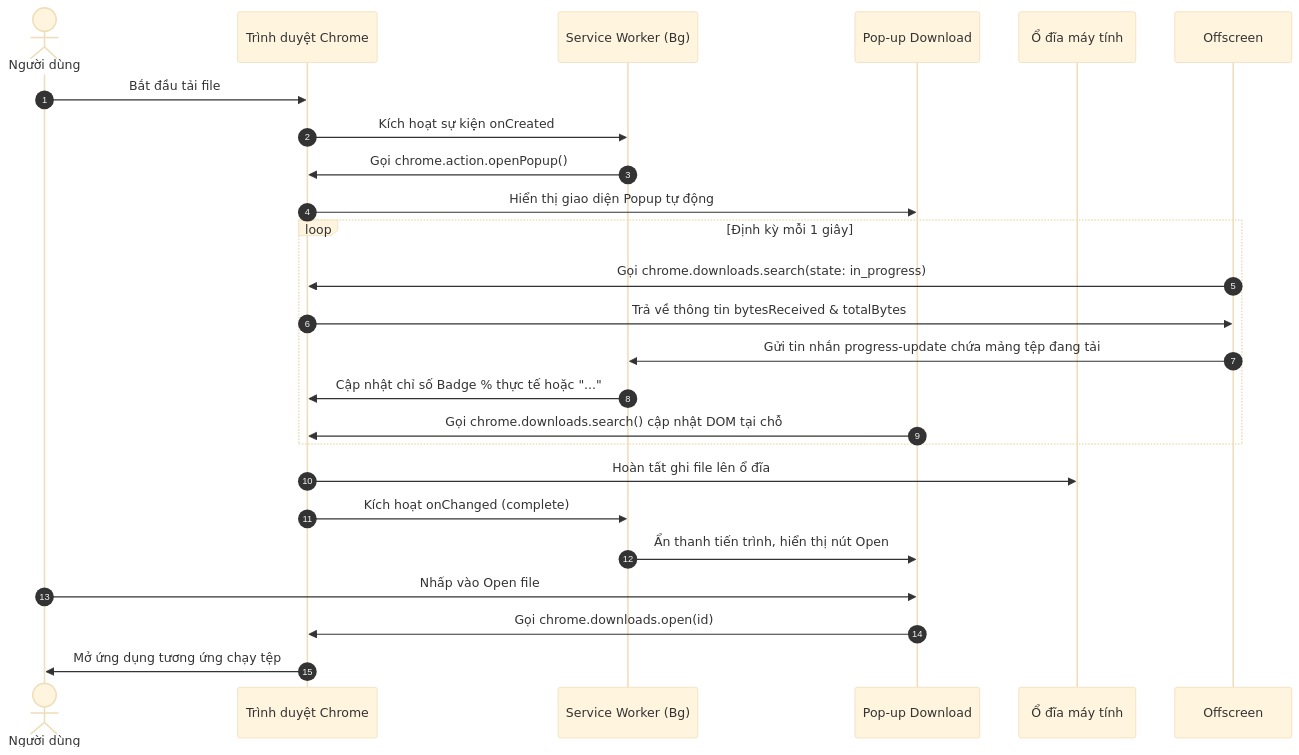
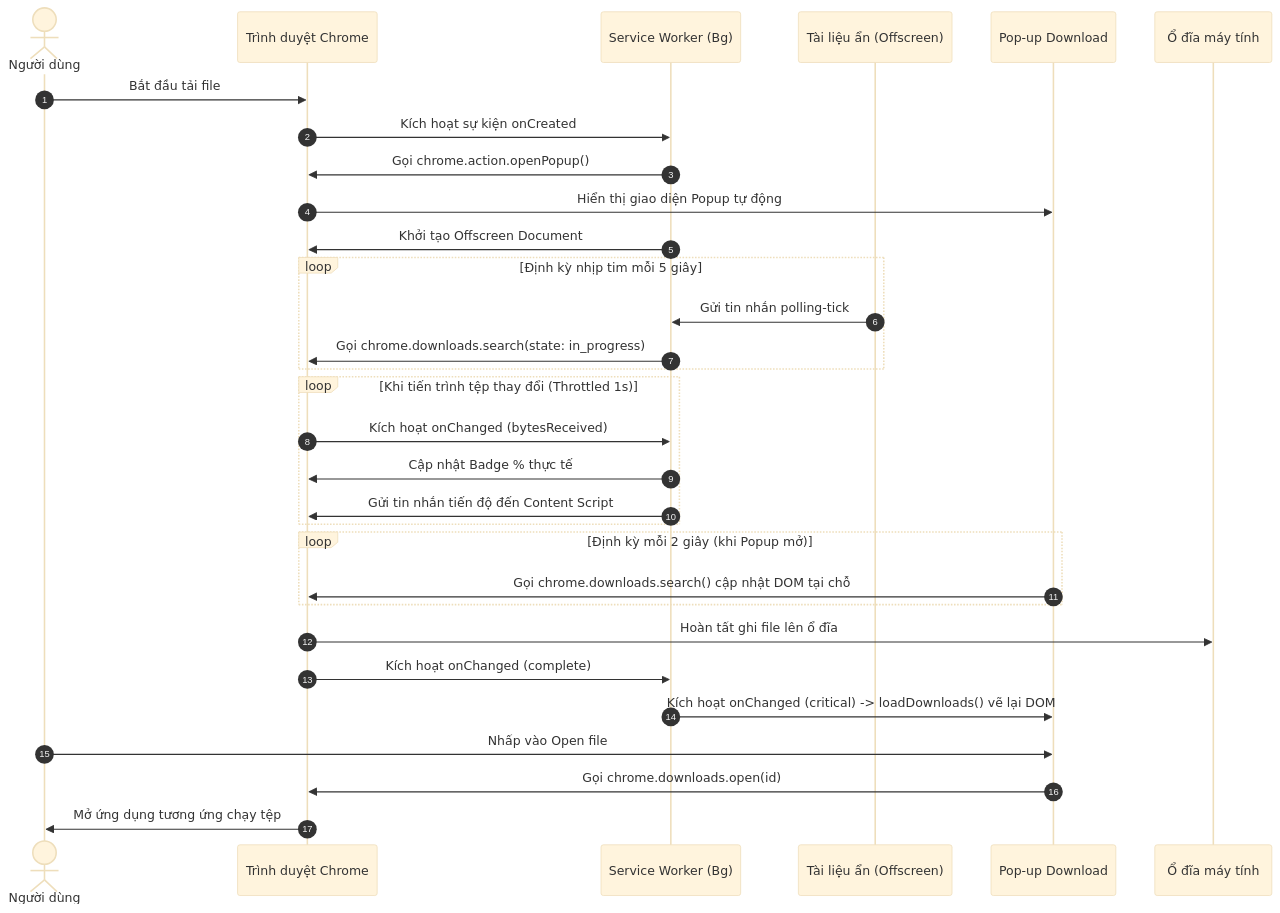
Before and after one commit to CodeingOver/CustomeDownLoad-HistoryExtensionForChrome: the second of 2 diagrams in docs/architecture.md, drawn with Mermaid (base theme). The commit also changed other lines of this file and 6 other files, not shown here.

Commit message:
feat: implement background download management, offscreen progress polling, and synchronized UI badges

````diff
--- a/docs/architecture.md
+++ b/docs/architecture.md
@@ -153,27 +154,34 @@
 ```mermaid
 sequenceDiagram
     autonumber
     actor User as Người dùng
     participant Chrome as Trình duyệt Chrome
     participant SW as Service Worker (Bg)
+    participant Offscreen as Tài liệu ẩn (Offscreen)
     participant Pop as Pop-up Download
     participant Disk as Ổ đĩa máy tính
 
     User->>Chrome: Bắt đầu tải file
     Chrome->>SW: Kích hoạt sự kiện onCreated
     SW->>Chrome: Gọi chrome.action.openPopup()
     Chrome->>Pop: Hiển thị giao diện Popup tự động
-    loop Định kỳ mỗi 1 giây
-        Offscreen->>Chrome: Gọi chrome.downloads.search(state: in_progress)
-        Chrome->>Offscreen: Trả về thông tin bytesReceived & totalBytes
-        Offscreen->>SW: Gửi tin nhắn progress-update chứa mảng tệp đang tải
-        SW->>Chrome: Cập nhật chỉ số Badge % thực tế hoặc "..."
+    SW->>Chrome: Khởi tạo Offscreen Document
+    loop Định kỳ nhịp tim mỗi 5 giây
+        Offscreen->>SW: Gửi tin nhắn polling-tick
+        SW->>Chrome: Gọi chrome.downloads.search(state: in_progress)
+    end
+    loop Khi tiến trình tệp thay đổi (Throttled 1s)
+        Chrome->>SW: Kích hoạt onChanged (bytesReceived)
+        SW->>Chrome: Cập nhật Badge % thực tế
+        SW->>Chrome: Gửi tin nhắn tiến độ đến Content Script
+    end
+    loop Định kỳ mỗi 2 giây (khi Popup mở)
         Pop->>Chrome: Gọi chrome.downloads.search() cập nhật DOM tại chỗ
     end
     Chrome->>Disk: Hoàn tất ghi file lên ổ đĩa
     Chrome->>SW: Kích hoạt onChanged (complete)
-    SW->>Pop: Ẩn thanh tiến trình, hiển thị nút Open
+    SW->>Pop: Kích hoạt onChanged (critical) -> loadDownloads() vẽ lại DOM
     User->>Pop: Nhấp vào Open file
     Pop->>Chrome: Gọi chrome.downloads.open(id)
     Chrome->>User: Mở ứng dụng tương ứng chạy tệp
 ```
````
